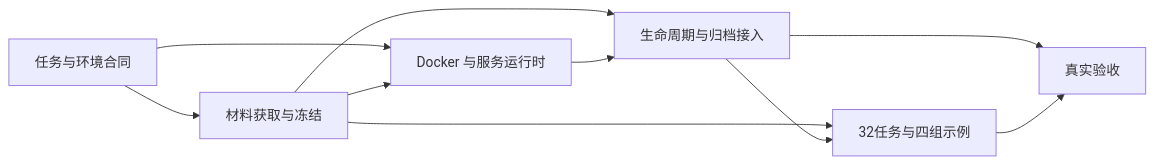
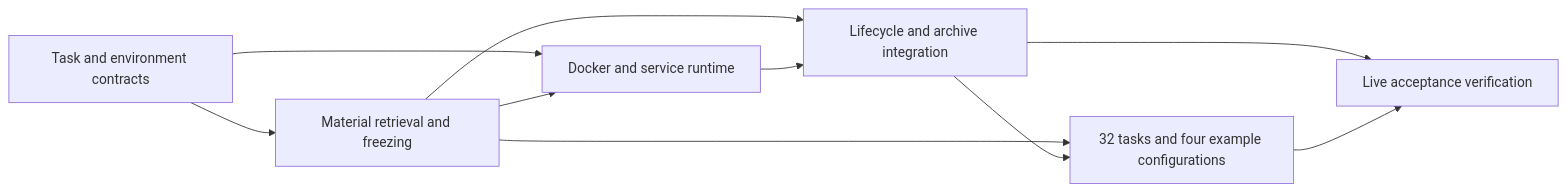
The diagram in docs/specs/0081-e2b-task-environments.md (Curry09/AHE-Beta), drawn with Mermaid before and after one commit. The commit also changed other lines of this file and 531 other files, not shown here.

````diff
--- a/docs/specs/0081-e2b-task-environments.md
+++ b/docs/specs/0081-e2b-task-environments.md
@@ -439,12 +439,12 @@
 ```mermaid
 flowchart LR
-  T1[任务与环境合同] --> T2[材料获取与冻结]
-  T1 --> T3[Docker 与服务运行时]
+  T1[Task and environment contracts] --> T2[Material retrieval and freezing]
+  T1 --> T3[Docker and service runtime]
   T2 --> T3
-  T2 --> T4[生命周期与归档接入]
+  T2 --> T4[Lifecycle and archive integration]
   T3 --> T4
-  T2 --> T5[32任务与四组示例]
+  T2 --> T5[32 tasks and four example configurations]
   T4 --> T5
-  T4 --> T6[真实验收]
+  T4 --> T6[Live acceptance verification]
   T5 --> T6
 ```
````
